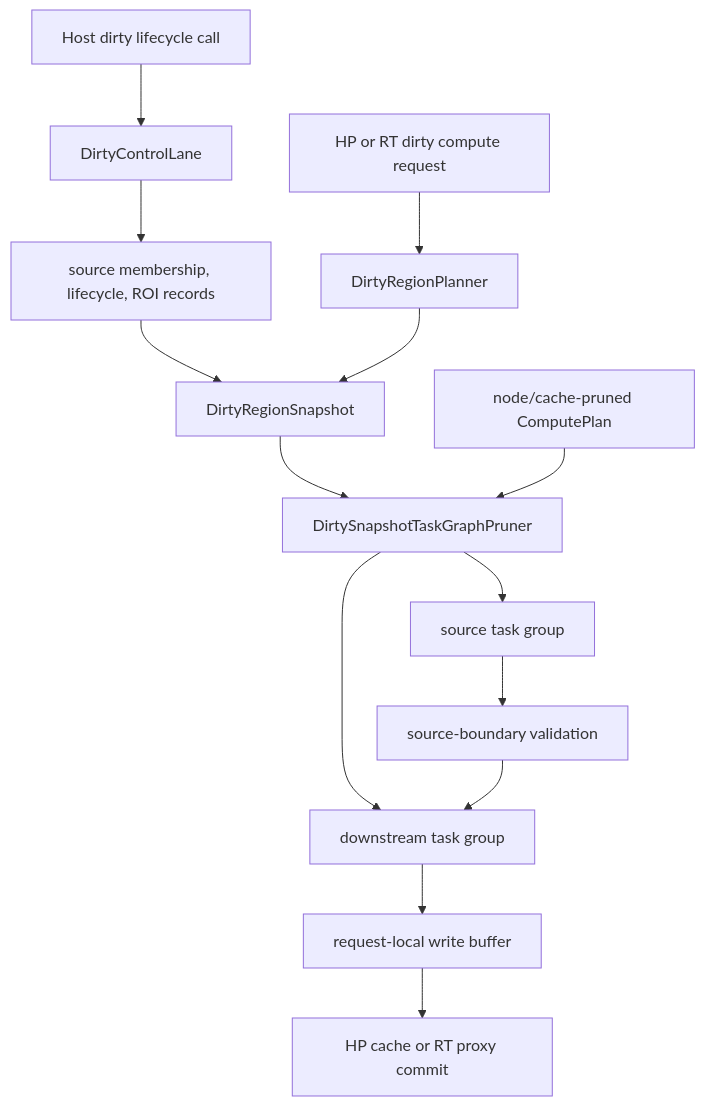
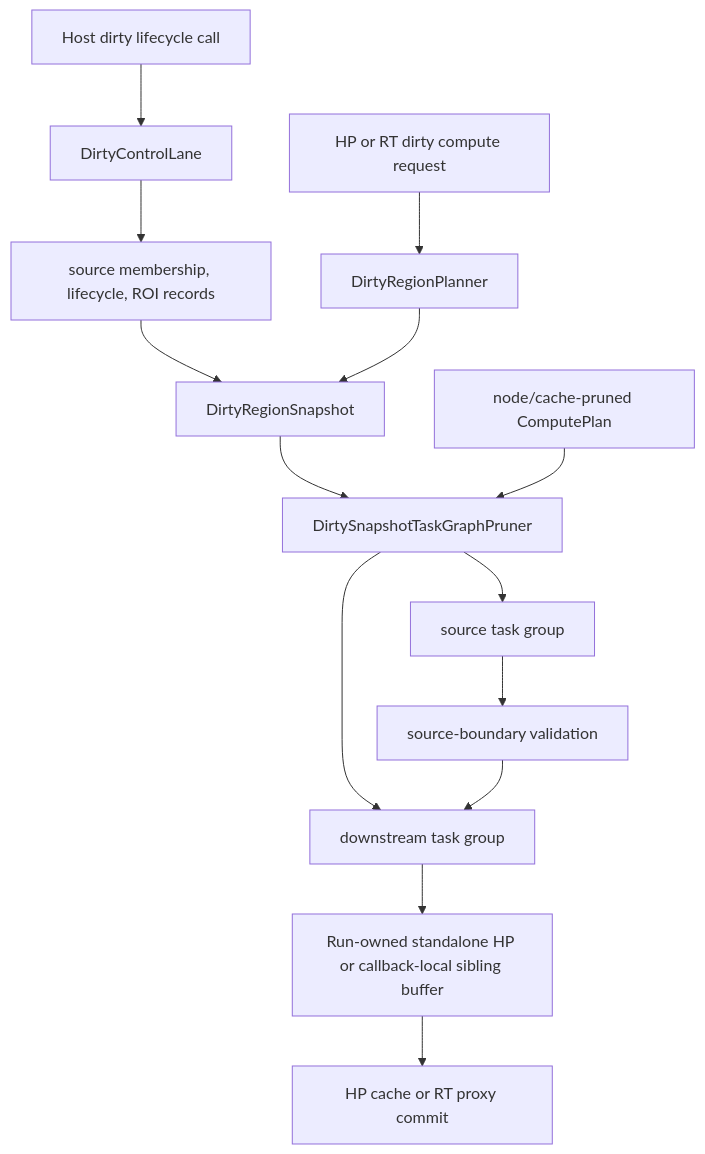
The diagram in docs/kernel-architecture/Dirty-Region-Propagation.md (kevin-zf1123/photospider), drawn with Mermaid before and after one commit. The commit also changed other lines of this file and 33 other files, not shown here.

````diff
--- a/docs/kernel-architecture/Dirty-Region-Propagation.md
+++ b/docs/kernel-architecture/Dirty-Region-Propagation.md
@@ -45,17 +45,17 @@
 ```mermaid
 flowchart TD
   EVENT["Host dirty lifecycle call"] --> LANE["DirtyControlLane"]
   LANE --> FACTS["source membership, lifecycle, ROI records"]
   FACTS --> SNAPSHOT["DirtyRegionSnapshot"]
 
   REQUEST["HP or RT dirty compute request"] --> PLAN["DirtyRegionPlanner"]
   PLAN --> SNAPSHOT
   SNAPSHOT --> SELECT["DirtySnapshotTaskGraphPruner"]
   STATIC["node/cache-pruned ComputePlan"] --> SELECT
   SELECT --> SOURCE["source task group"]
   SELECT --> DOWNSTREAM["downstream task group"]
   SOURCE --> VALIDATE["source-boundary validation"]
   VALIDATE --> DOWNSTREAM
-  DOWNSTREAM --> STAGE["request-local write buffer"]
+  DOWNSTREAM --> STAGE["Run-owned standalone HP or callback-local sibling buffer"]
   STAGE --> COMMIT["HP cache or RT proxy commit"]
 ```
````
